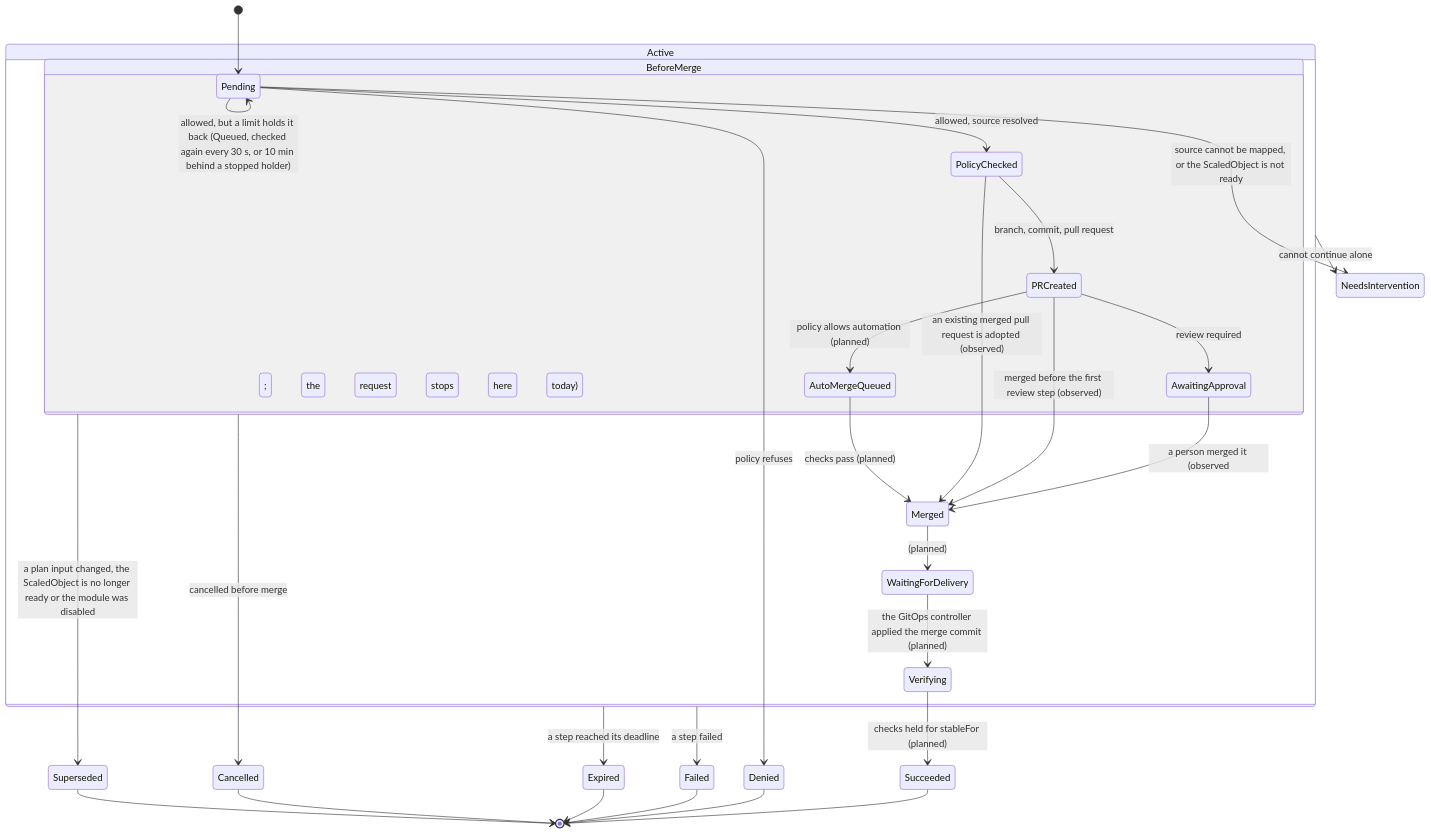
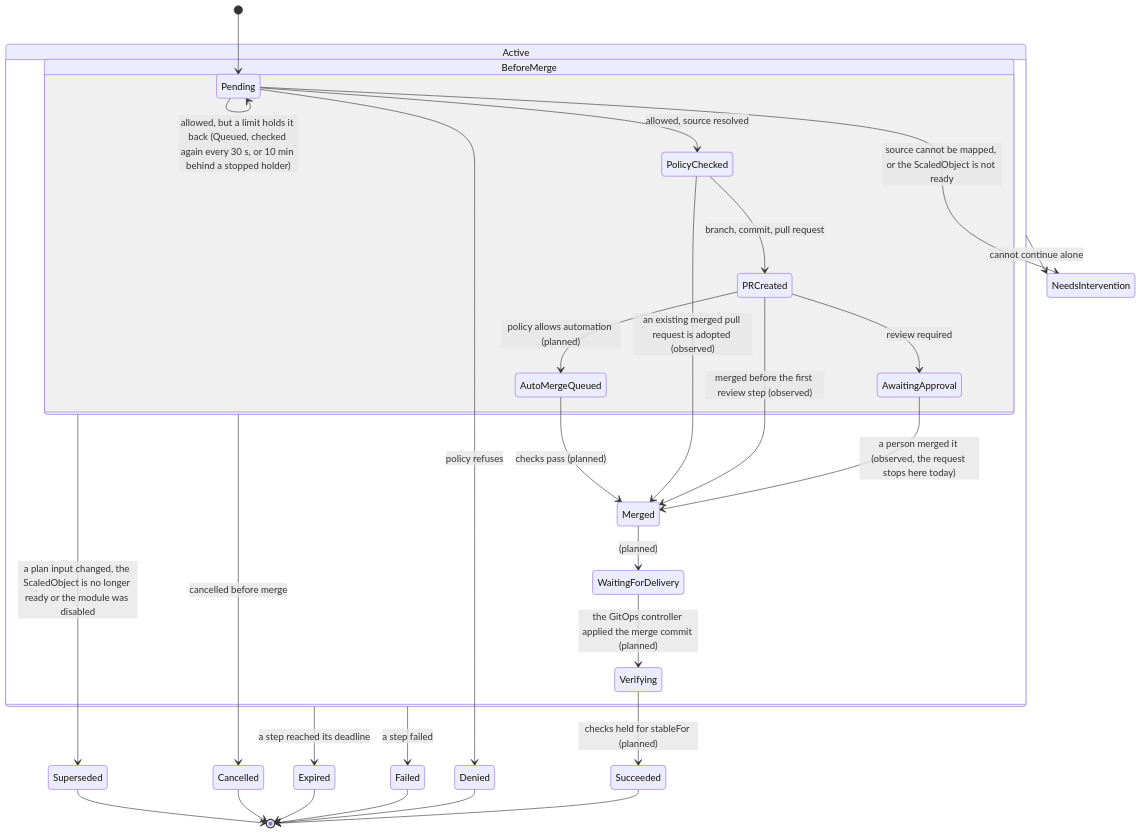
The diagram in docs/design/6-reconciliation.md (pkalin/shadewright), drawn with Mermaid before and after one commit. The commit also changed 4 other files, not shown here.

First line of the commit message:
feat(docs): open diagrams in a zoomable overlay (#405)

````diff
--- a/docs/design/6-reconciliation.md
+++ b/docs/design/6-reconciliation.md
@@ -25,34 +25,34 @@
 ```mermaid
 stateDiagram-v2
     [*] --> Pending
     state Active {
         state BeforeMerge {
             Pending --> PolicyChecked: allowed, source resolved
             PolicyChecked --> PRCreated: branch, commit, pull request
             PRCreated --> AwaitingApproval: review required
             PRCreated --> AutoMergeQueued: policy allows automation (planned)
-            AwaitingApproval --> Merged: a person merged it (observed; the request stops here today)
+            AwaitingApproval --> Merged: a person merged it (observed, the request stops here today)
             PRCreated --> Merged: merged before the first review step (observed)
             PolicyChecked --> Merged: an existing merged pull request is adopted (observed)
             AutoMergeQueued --> Merged: checks pass (planned)
         }
         Merged --> WaitingForDelivery: (planned)
         WaitingForDelivery --> Verifying: the GitOps controller applied the merge commit (planned)
     }
     Pending --> Denied: policy refuses
     Pending --> NeedsIntervention: source cannot be mapped, or the ScaledObject is not ready
     Pending --> Pending: KEDA has not reported on the ScaledObject yet (waits up to 10 minutes)
     Pending --> Pending: allowed, but a limit holds it back (Queued, checked again every 30 s, or 10 min behind a stopped holder)
     Verifying --> Succeeded: checks held for stableFor (planned)
     BeforeMerge --> Cancelled: cancelled before merge
     BeforeMerge --> Superseded: a plan input changed, the ScaledObject is no longer ready or the module was disabled
     Active --> Expired: a step reached its deadline
     Active --> Failed: a step failed
     Active --> NeedsIntervention: cannot continue alone
     Succeeded --> [*]
     Denied --> [*]
     Failed --> [*]
     Expired --> [*]
     Cancelled --> [*]
     Superseded --> [*]
 ```
````
